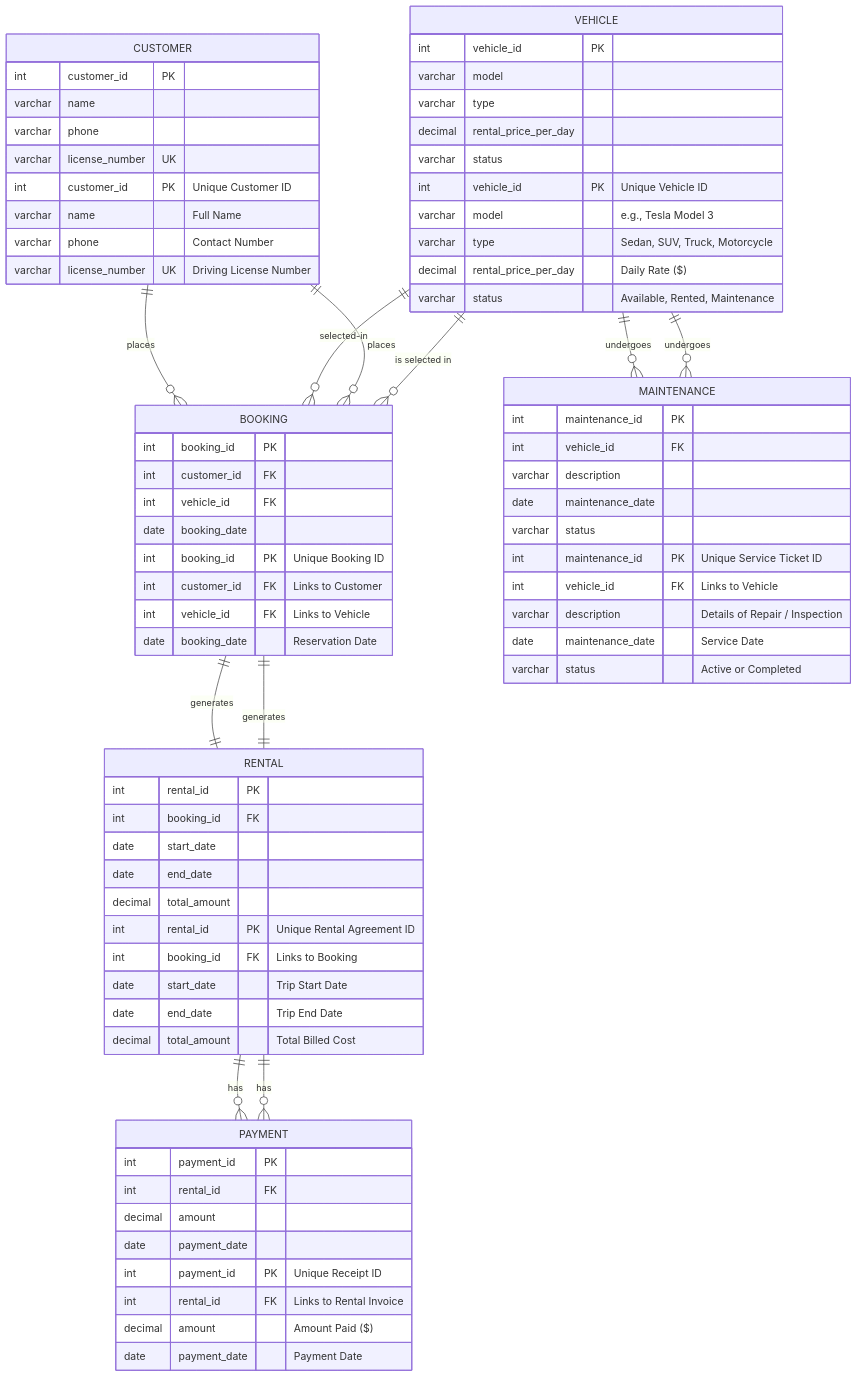
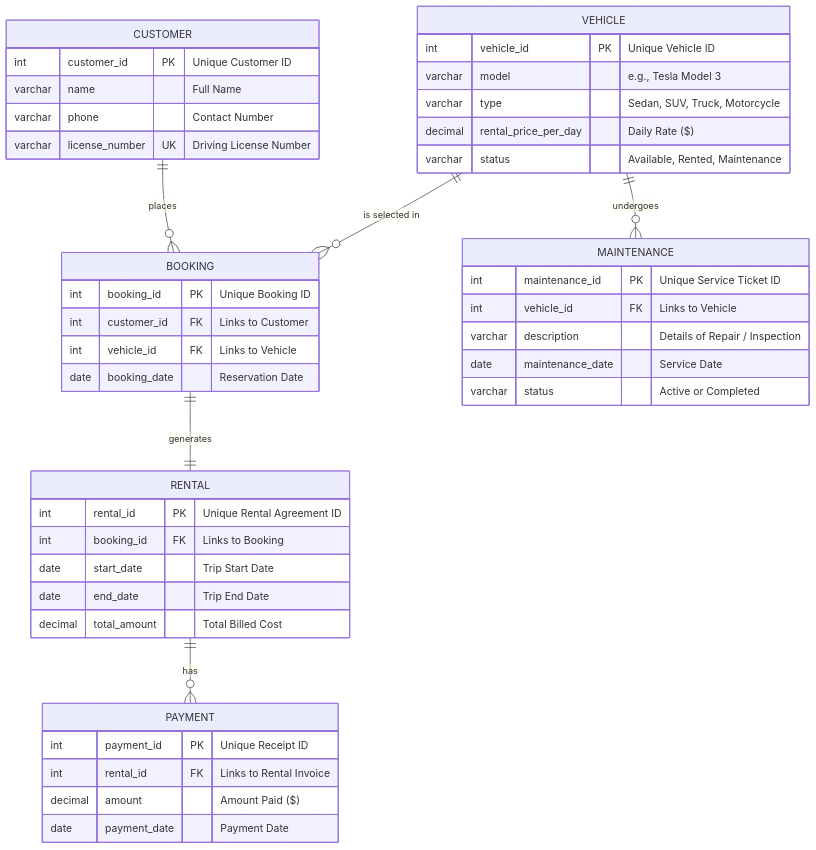
One commit to Rakshi0212/Vehicle-Rental-System changed the fourth of 4 diagrams in README.md. Above: the diagram before and after it, drawn with Mermaid. The commit also changed other lines of this file, not shown here.

````diff
--- a/README.md
+++ b/README.md
@@ -72,79 +75,48 @@
 ```mermaid
 erDiagram
     CUSTOMER {
-        int customer_id PK
-        varchar name
-        varchar phone
-        varchar license_number UK
         int customer_id PK "Unique Customer ID"
         varchar name "Full Name"
         varchar phone "Contact Number"
         varchar license_number UK "Driving License Number"
     }
     VEHICLE {
-        int vehicle_id PK
-        varchar model
-        varchar type
-        decimal rental_price_per_day
-        varchar status
         int vehicle_id PK "Unique Vehicle ID"
         varchar model "e.g., Tesla Model 3"
         varchar type "Sedan, SUV, Truck, Motorcycle"
         decimal rental_price_per_day "Daily Rate ($)"
         varchar status "Available, Rented, Maintenance"
     }
     BOOKING {
-        int booking_id PK
-        int customer_id FK
-        int vehicle_id FK
-        date booking_date
         int booking_id PK "Unique Booking ID"
         int customer_id FK "Links to Customer"
         int vehicle_id FK "Links to Vehicle"
         date booking_date "Reservation Date"
     }
     RENTAL {
-        int rental_id PK
-        int booking_id FK
-        date start_date
-        date end_date
-        decimal total_amount
         int rental_id PK "Unique Rental Agreement ID"
         int booking_id FK "Links to Booking"
         date start_date "Trip Start Date"
         date end_date "Trip End Date"
         decimal total_amount "Total Billed Cost"
     }
     PAYMENT {
-        int payment_id PK
-        int rental_id FK
-        decimal amount
-        date payment_date
         int payment_id PK "Unique Receipt ID"
         int rental_id FK "Links to Rental Invoice"
         decimal amount "Amount Paid ($)"
         date payment_date "Payment Date"
     }
     MAINTENANCE {
-        int maintenance_id PK
-        int vehicle_id FK
-        varchar description
-        date maintenance_date
-        varchar status
         int maintenance_id PK "Unique Service Ticket ID"
         int vehicle_id FK "Links to Vehicle"
         varchar description "Details of Repair / Inspection"
         date maintenance_date "Service Date"
         varchar status "Active or Completed"
     }
-    CUSTOMER ||--o{ BOOKING : places
-    VEHICLE ||--o{ BOOKING : selected-in
-    BOOKING ||--|| RENTAL : generates
-    RENTAL ||--o{ PAYMENT : has
-    VEHICLE ||--o{ MAINTENANCE : undergoes
+
     CUSTOMER ||--o{ BOOKING : "places"
     VEHICLE ||--o{ BOOKING : "is selected in"
     BOOKING ||--|| RENTAL : "generates"
     RENTAL ||--o{ PAYMENT : "has"
     VEHICLE ||--o{ MAINTENANCE : "undergoes"
 ```
````
